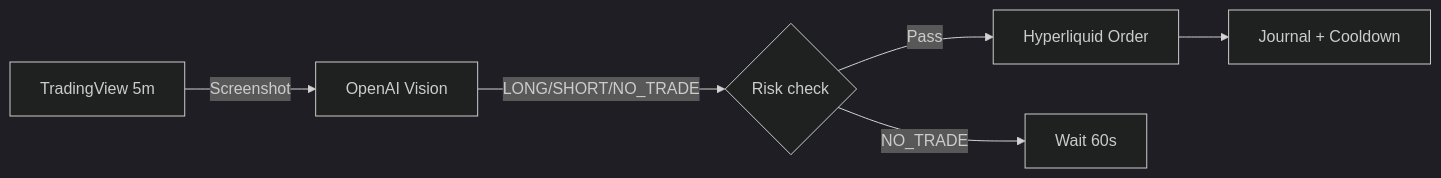
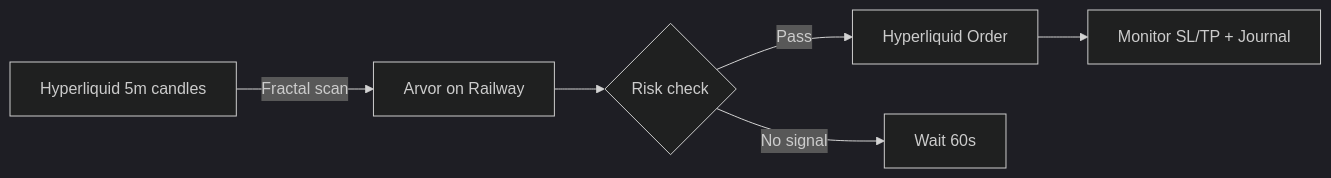
Before and after one commit to ZorakCorp/arvor-automated-trading-bot: the diagram in README.md, drawn with Mermaid (dark theme). The commit also changed other lines of this file and 13 other files, not shown here.

````diff
--- a/README.md
+++ b/README.md
@@ -287,8 +367,8 @@
 ```mermaid
 flowchart LR
-    A[TradingView 5m] -->|Screenshot| B[OpenAI Vision]
-    B -->|LONG/SHORT/NO_TRADE| C{Risk check}
+    A[Hyperliquid 5m candles] -->|Fractal scan| B[Arvor on Railway]
+    B --> C{Risk check}
     C -->|Pass| D[Hyperliquid Order]
-    C -->|NO_TRADE| E[Wait 60s]
-    D --> F[Journal + Cooldown]
+    C -->|No signal| E[Wait 60s]
+    D --> F[Monitor SL/TP + Journal]
 ```
````
